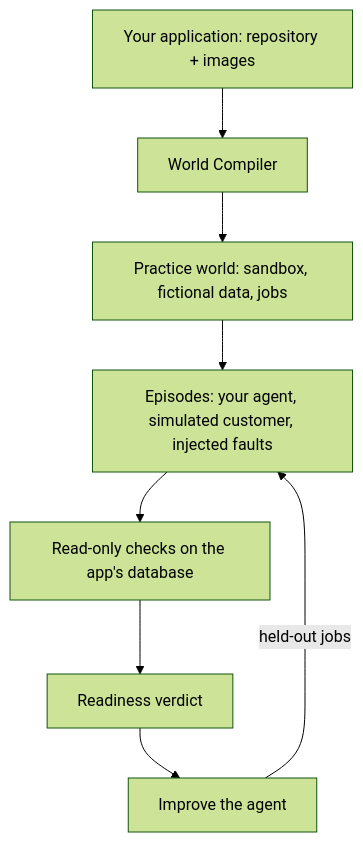
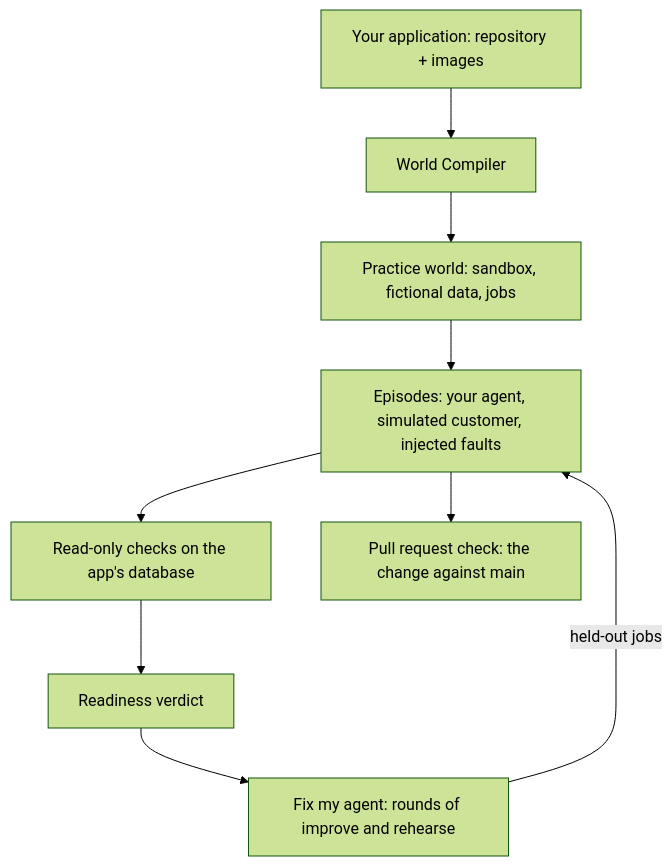
The diagram in README.md (MitudruDutta/rehearsal), drawn with Mermaid (forest theme) before and after one commit. The commit also changed other lines of this file and 3 other files, not shown here.

````diff
--- a/README.md
+++ b/README.md
@@ -45,10 +46,11 @@
 ```mermaid
 flowchart TD
     A["Your application: repository + images"] --> B["World Compiler"]
     B --> C["Practice world: sandbox, fictional data, jobs"]
     C --> D["Episodes: your agent, simulated customer, injected faults"]
     D --> E["Read-only checks on the app's database"]
     E --> F["Readiness verdict"]
-    F --> G["Improve the agent"]
+    F --> G["Fix my agent: rounds of improve and rehearse"]
     G -->|"held-out jobs"| D
+    D --> H["Pull request check: the change against main"]
 ```
````
